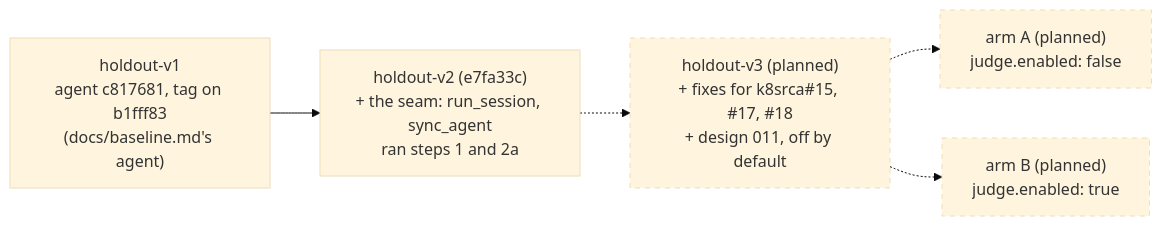
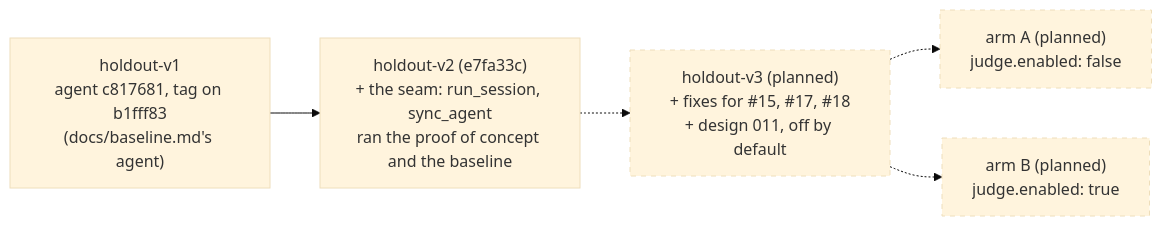
One commit to BenedatLLC/k8srca changed the second of 3 diagrams in designs/014-sregym.md. Above: the diagram before and after it, drawn with Mermaid (base theme). The commit also changed other lines of this file and 29 other files, not shown here.

````diff
--- a/designs/014-sregym.md
+++ b/designs/014-sregym.md
@@ -67,14 +332,14 @@
 ```mermaid
 flowchart LR
     V1["holdout-v1<br/>agent c817681, tag on b1fff83<br/>(docs/baseline.md's agent)"]
-    V2["holdout-v2 (e7fa33c)<br/>+ the seam: run_session, sync_agent<br/>ran steps 1 and 2a"]
-    V3["holdout-v3 (planned)<br/>+ fixes for k8srca#15, #17, #18<br/>+ design 011, off by default"]
+    V2["holdout-v2 (e7fa33c)<br/>+ the seam: run_session, sync_agent<br/>ran the proof of concept and the baseline"]
+    V3["holdout-v3 (planned)<br/>+ fixes for #15, #17, #18<br/>+ design 011, off by default"]
     A["arm A (planned)<br/>judge.enabled: false"]
     B["arm B (planned)<br/>judge.enabled: true"]
     V1 --> V2
     V2 -.-> V3
     V3 -.-> A
     V3 -.-> B
     classDef planned stroke-dasharray: 5 5
     class V3,A,B planned
 ```
````
